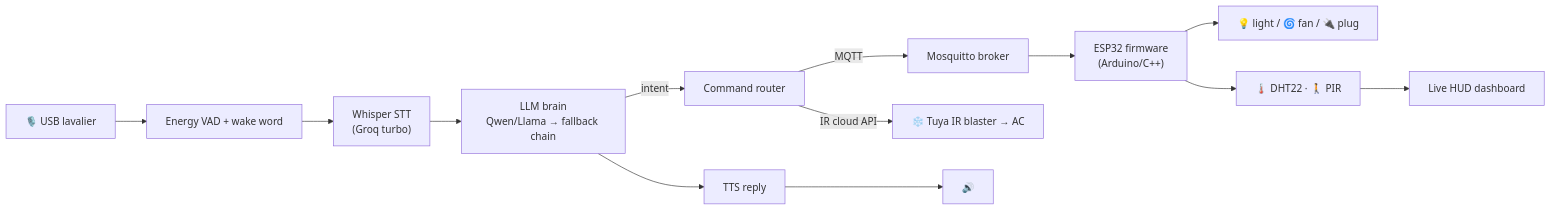
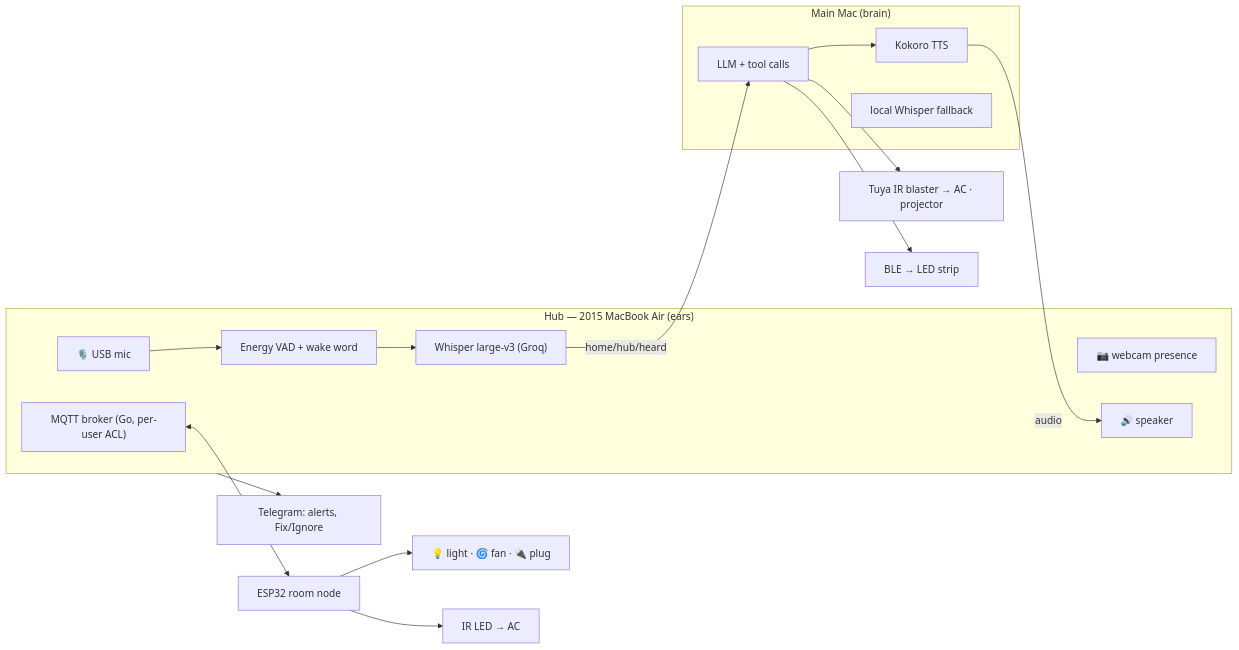
The diagram in README.md (anishkb-dev/nova-voice-assistant), drawn with Mermaid before and after one commit. The commit also changed other lines of this file and 3 other files, not shown here.

````diff
--- a/README.md
+++ b/README.md
@@ -23,14 +21,22 @@
 ```mermaid
 flowchart LR
-  Mic["🎙️ USB lavalier"] --> VAD["Energy VAD + wake word"]
-  VAD --> STT["Whisper STT<br/>(Groq turbo)"]
-  STT --> Brain["LLM brain<br/>Qwen/Llama → fallback chain"]
-  Brain -->|intent| Router["Command router"]
-  Router -->|MQTT| Broker["Mosquitto broker"]
-  Broker --> ESP32["ESP32 firmware<br/>(Arduino/C++)"]
-  ESP32 --> Relays["💡 light / 🌀 fan / 🔌 plug"]
-  ESP32 --> Sensors["🌡️ DHT22 · 🚶 PIR"]
-  Router -->|IR cloud API| AC["❄️ Tuya IR blaster → AC"]
-  Brain --> TTS["TTS reply"] --> Speaker["🔊"]
-  Sensors --> Dash["Live HUD dashboard"]
+  subgraph Hub["Hub — 2015 MacBook Air (ears)"]
+    Mic["🎙️ USB mic"] --> VAD["Energy VAD + wake word"]
+    VAD --> STT["Whisper large-v3 (Groq)"]
+    Cam["📷 webcam presence"]
+    Broker["MQTT broker (Go, per-user ACL)"]
+    Spk["🔊 speaker"]
+  end
+  subgraph Mac["Main Mac (brain)"]
+    LLM["LLM + tool calls"] --> TTS["Kokoro TTS"]
+    Fallback["local Whisper fallback"]
+  end
+  STT -->|home/hub/heard| LLM
+  TTS -->|audio| Spk
+  Broker <--> ESP["ESP32 room node"]
+  ESP --> Relays["💡 light · 🌀 fan · 🔌 plug"]
+  ESP --> IR1["IR LED → AC"]
+  LLM --> IR2["Tuya IR blaster → AC · projector"]
+  LLM --> BLE["BLE → LED strip"]
+  Hub --> TG["Telegram: alerts, Fix/Ignore"]
 ```
````
